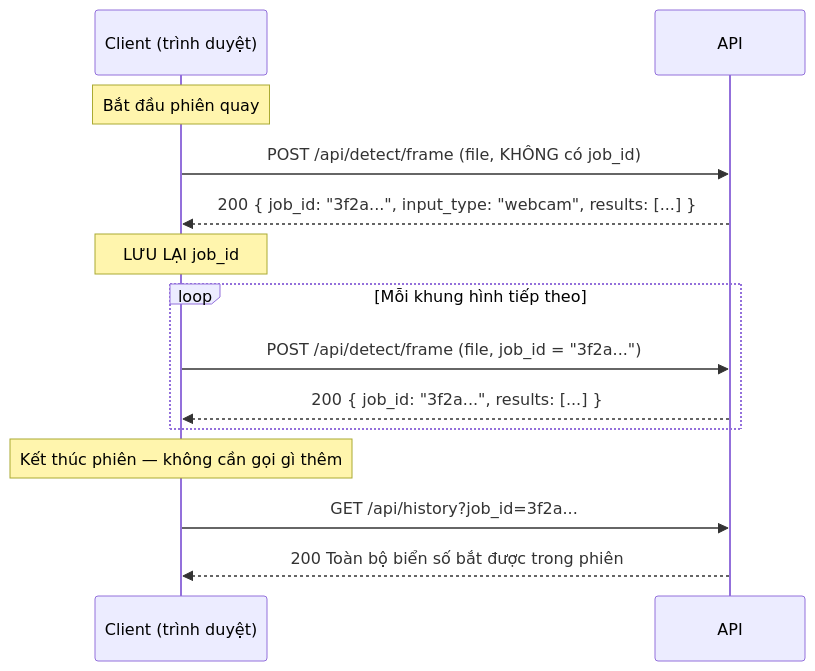
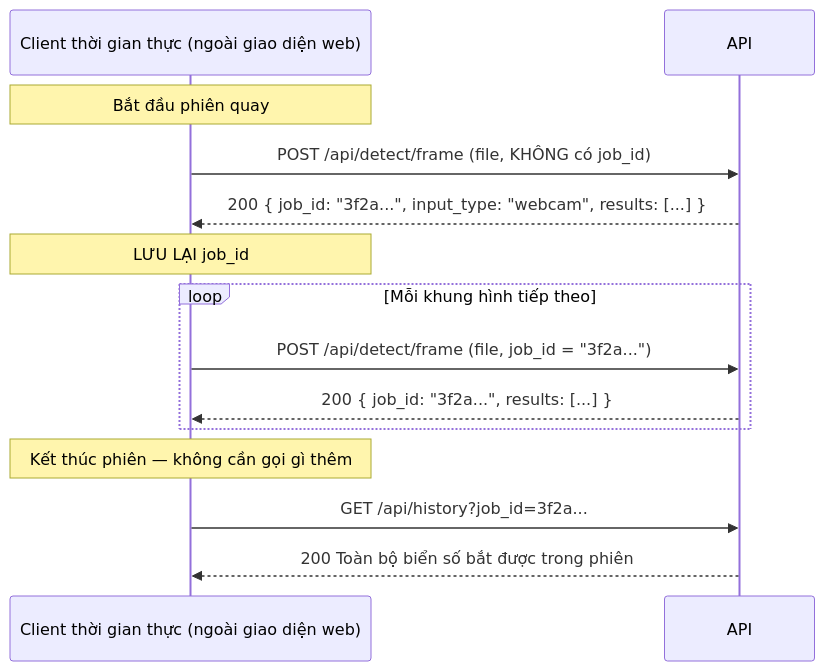
One commit to hieunguyen2604/alpr-do-an-mon-hoc changed the seventh of 8 diagrams in docs/manuals/api-documentation.md. Above: the diagram before and after it, drawn with Mermaid. The commit also changed other lines of this file and 82 other files, not shown here.

First line of the commit message:
Thu gọn giao diện web còn 3 trang và cập nhật toàn bộ tài liệu

````diff
--- a/docs/manuals/api-documentation.md
+++ b/docs/manuals/api-documentation.md
@@ -1494,19 +1520,19 @@
 ```mermaid
 sequenceDiagram
-    participant C as Client (trình duyệt)
+    participant C as Client thời gian thực (ngoài giao diện web)
     participant A as API
 
     Note over C: Bắt đầu phiên quay
     C->>A: POST /api/detect/frame (file, KHÔNG có job_id)
     A-->>C: 200 { job_id: "3f2a...", input_type: "webcam", results: [...] }
     Note over C: LƯU LẠI job_id
 
     loop Mỗi khung hình tiếp theo
         C->>A: POST /api/detect/frame (file, job_id = "3f2a...")
         A-->>C: 200 { job_id: "3f2a...", results: [...] }
     end
 
     Note over C: Kết thúc phiên — không cần gọi gì thêm
     C->>A: GET /api/history?job_id=3f2a...
     A-->>C: 200 Toàn bộ biển số bắt được trong phiên
 ```
````
